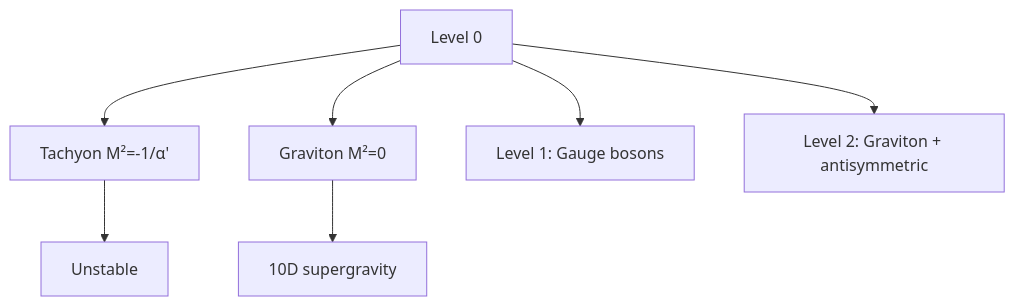
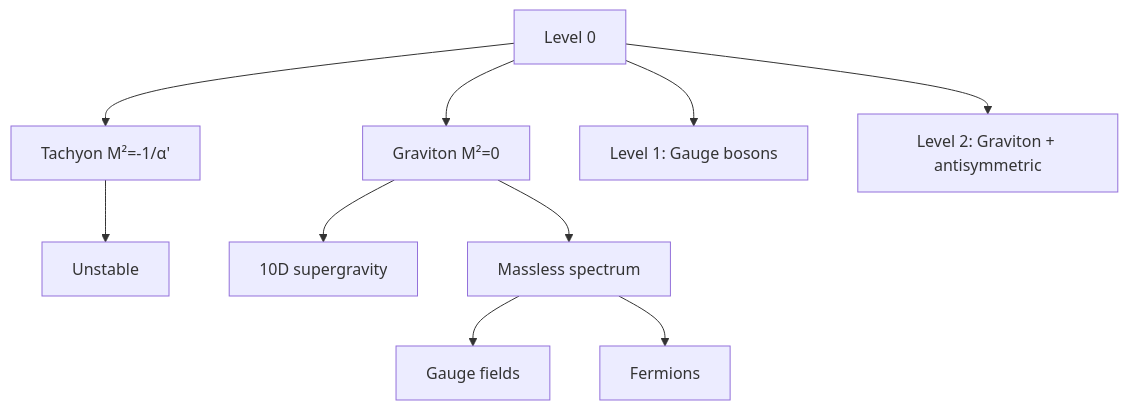
The second of 5 diagrams in 03_MSc_Physics/electives/MSPY_6310_Superstring_Theory/README.md (yip-lgtm/PhysicsSelfStudy), drawn with Mermaid before and after one commit. The commit also changed other lines of this file and 17 other files, not shown here.

````diff
--- a/03_MSc_Physics/electives/MSPY_6310_Superstring_Theory/README.md
+++ b/03_MSc_Physics/electives/MSPY_6310_Superstring_Theory/README.md
@@ -263,9 +423,12 @@
 ```mermaid
 graph TD
     A[Level 0] --> B[Tachyon M²=-1/α']
     A --> C[Graviton M²=0]
     B --> D[Unstable]
     C --> E[10D supergravity]
     A --> F[Level 1: Gauge bosons]
     A --> G[Level 2: Graviton + antisymmetric]
+    C --> H[Massless spectrum]
+    H --> I[Gauge fields]
+    H --> J[Fermions]
 ```
````
